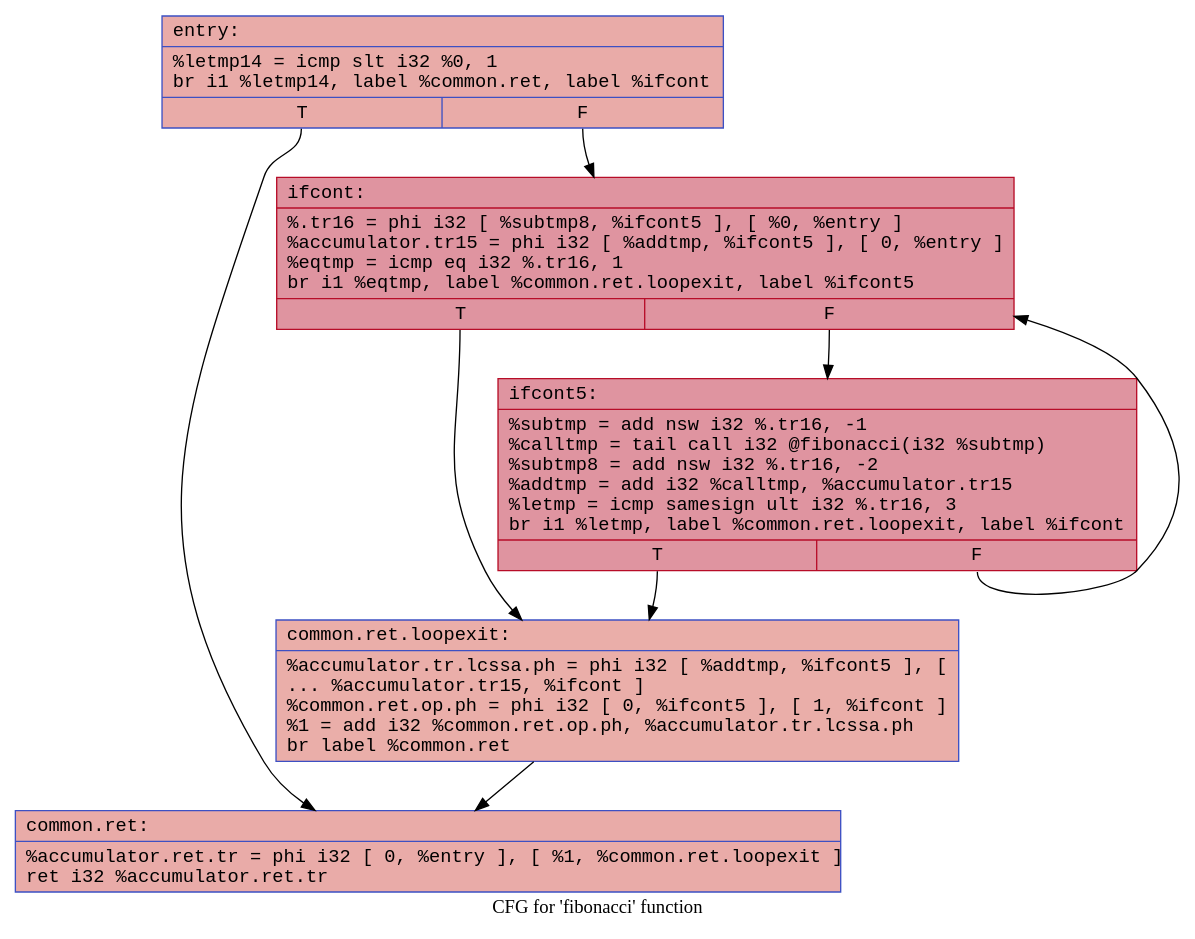
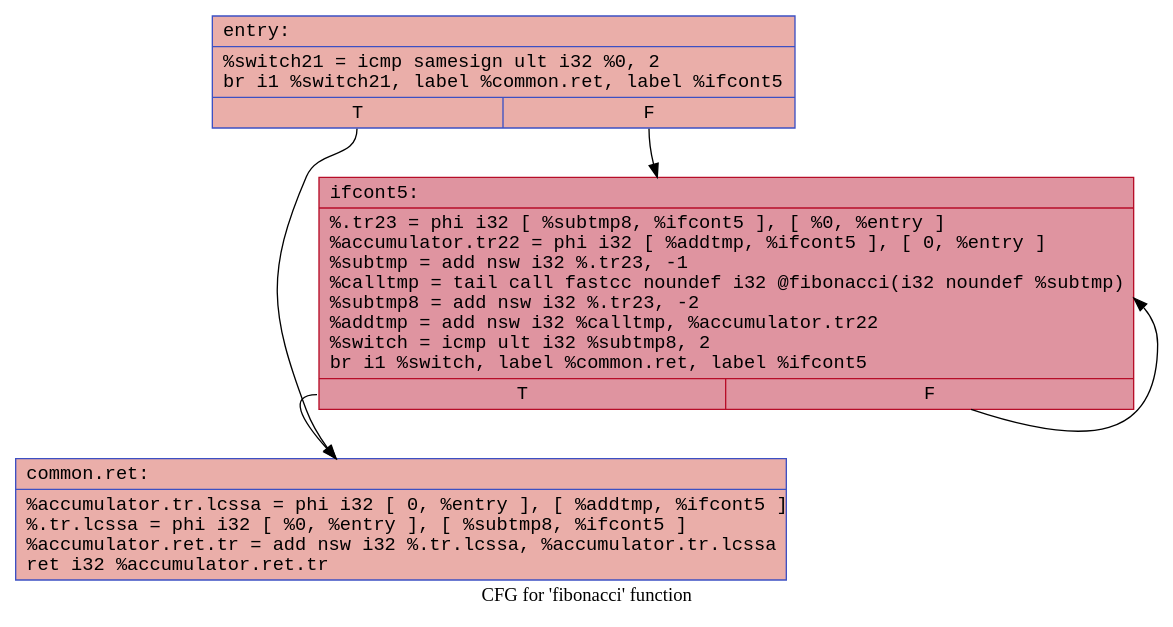
The fourth of 4 diagrams in examples/fibonacci/fibonacci.md (twanman1412/blueprintScript), drawn with Graphviz before and after one commit. The commit also changed other lines of this file and 58 other files, not shown here.

````diff
--- a/examples/fibonacci/fibonacci.md
+++ b/examples/fibonacci/fibonacci.md
@@ -77,18 +68,13 @@
 ```dot
 digraph "CFG for 'fibonacci' function" {
 	label="CFG for 'fibonacci' function";
 
-	Node0x5624d15f6fa0 [shape=record,color="#3d50c3ff", style=filled, fillcolor="#cc403a70", fontname="Courier",label="{entry:\l|  %letmp14 = icmp slt i32 %0, 1\l  br i1 %letmp14, label %common.ret, label %ifcont\l|{<s0>T|<s1>F}}"];
-	Node0x5624d15f6fa0:s0 -> Node0x5624d15f70e0;
-	Node0x5624d15f6fa0:s1 -> Node0x5624d15f7610;
-	Node0x5624d15f77d0 [shape=record,color="#3d50c3ff", style=filled, fillcolor="#d0473d70", fontname="Courier",label="{common.ret.loopexit:\l|  %accumulator.tr.lcssa.ph = phi i32 [ %addtmp, %ifcont5 ], [\l... %accumulator.tr15, %ifcont ]\l  %common.ret.op.ph = phi i32 [ 0, %ifcont5 ], [ 1, %ifcont ]\l  %1 = add i32 %common.ret.op.ph, %accumulator.tr.lcssa.ph\l  br label %common.ret\l}"];
-	Node0x5624d15f77d0 -> Node0x5624d15f70e0;
-	Node0x5624d15f70e0 [shape=record,color="#3d50c3ff", style=filled, fillcolor="#cc403a70", fontname="Courier",label="{common.ret:\l|  %accumulator.ret.tr = phi i32 [ 0, %entry ], [ %1, %common.ret.loopexit ]\l  ret i32 %accumulator.ret.tr\l}"];
-	Node0x5624d15f7610 [shape=record,color="#b70d28ff", style=filled, fillcolor="#b70d2870", fontname="Courier",label="{ifcont:\l|  %.tr16 = phi i32 [ %subtmp8, %ifcont5 ], [ %0, %entry ]\l  %accumulator.tr15 = phi i32 [ %addtmp, %ifcont5 ], [ 0, %entry ]\l  %eqtmp = icmp eq i32 %.tr16, 1\l  br i1 %eqtmp, label %common.ret.loopexit, label %ifcont5\l|{<s0>T|<s1>F}}"];
-	Node0x5624d15f7610:s0 -> Node0x5624d15f77d0;
-	Node0x5624d15f7610:s1 -> Node0x5624d15f7940;
-	Node0x5624d15f7940 [shape=record,color="#b70d28ff", style=filled, fillcolor="#b70d2870", fontname="Courier",label="{ifcont5:\l|  %subtmp = add nsw i32 %.tr16, -1\l  %calltmp = tail call i32 @fibonacci(i32 %subtmp)\l  %subtmp8 = add nsw i32 %.tr16, -2\l  %addtmp = add i32 %calltmp, %accumulator.tr15\l  %letmp = icmp samesign ult i32 %.tr16, 3\l  br i1 %letmp, label %common.ret.loopexit, label %ifcont\l|{<s0>T|<s1>F}}"];
-	Node0x5624d15f7940:s0 -> Node0x5624d15f77d0;
-	Node0x5624d15f7940:s1 -> Node0x5624d15f7610;
+	Node0x5555cf78e6c0 [shape=record,color="#3d50c3ff", style=filled, fillcolor="#d0473d70", fontname="Courier",label="{entry:\l|  %switch21 = icmp samesign ult i32 %0, 2\l  br i1 %switch21, label %common.ret, label %ifcont5\l|{<s0>T|<s1>F}}"];
+	Node0x5555cf78e6c0:s0 -> Node0x5555cf78e780;
+	Node0x5555cf78e6c0:s1 -> Node0x5555cf792140;
+	Node0x5555cf78e780 [shape=record,color="#3d50c3ff", style=filled, fillcolor="#d0473d70", fontname="Courier",label="{common.ret:\l|  %accumulator.tr.lcssa = phi i32 [ 0, %entry ], [ %addtmp, %ifcont5 ]\l  %.tr.lcssa = phi i32 [ %0, %entry ], [ %subtmp8, %ifcont5 ]\l  %accumulator.ret.tr = add nsw i32 %.tr.lcssa, %accumulator.tr.lcssa\l  ret i32 %accumulator.ret.tr\l}"];
+	Node0x5555cf792140 [shape=record,color="#b70d28ff", style=filled, fillcolor="#b70d2870", fontname="Courier",label="{ifcont5:\l|  %.tr23 = phi i32 [ %subtmp8, %ifcont5 ], [ %0, %entry ]\l  %accumulator.tr22 = phi i32 [ %addtmp, %ifcont5 ], [ 0, %entry ]\l  %subtmp = add nsw i32 %.tr23, -1\l  %calltmp = tail call fastcc noundef i32 @fibonacci(i32 noundef %subtmp)\l  %subtmp8 = add nsw i32 %.tr23, -2\l  %addtmp = add nsw i32 %calltmp, %accumulator.tr22\l  %switch = icmp ult i32 %subtmp8, 2\l  br i1 %switch, label %common.ret, label %ifcont5\l|{<s0>T|<s1>F}}"];
+	Node0x5555cf792140:s0 -> Node0x5555cf78e780;
+	Node0x5555cf792140:s1 -> Node0x5555cf792140;
 }
 ```
````
